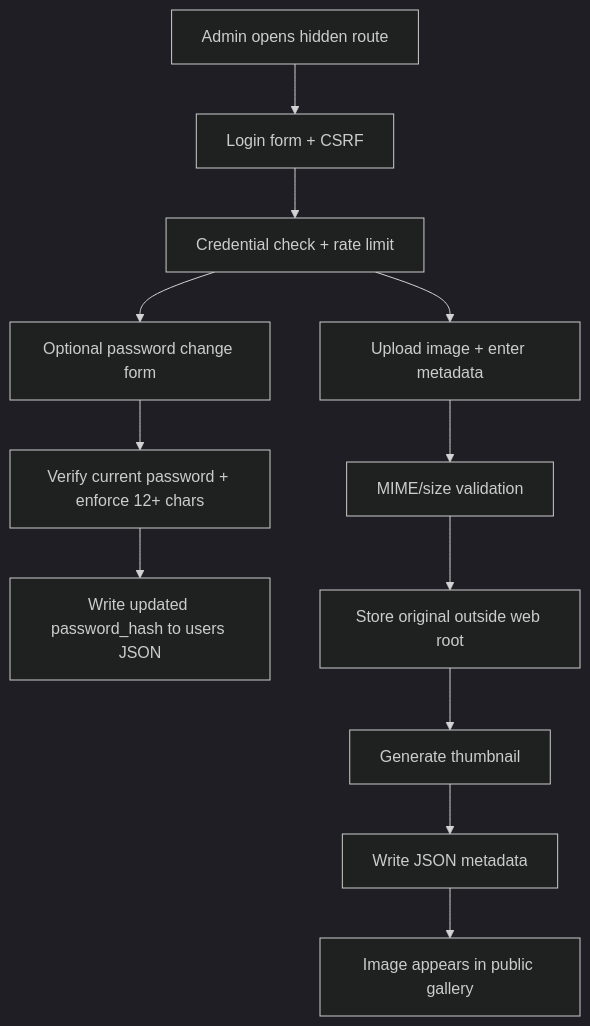
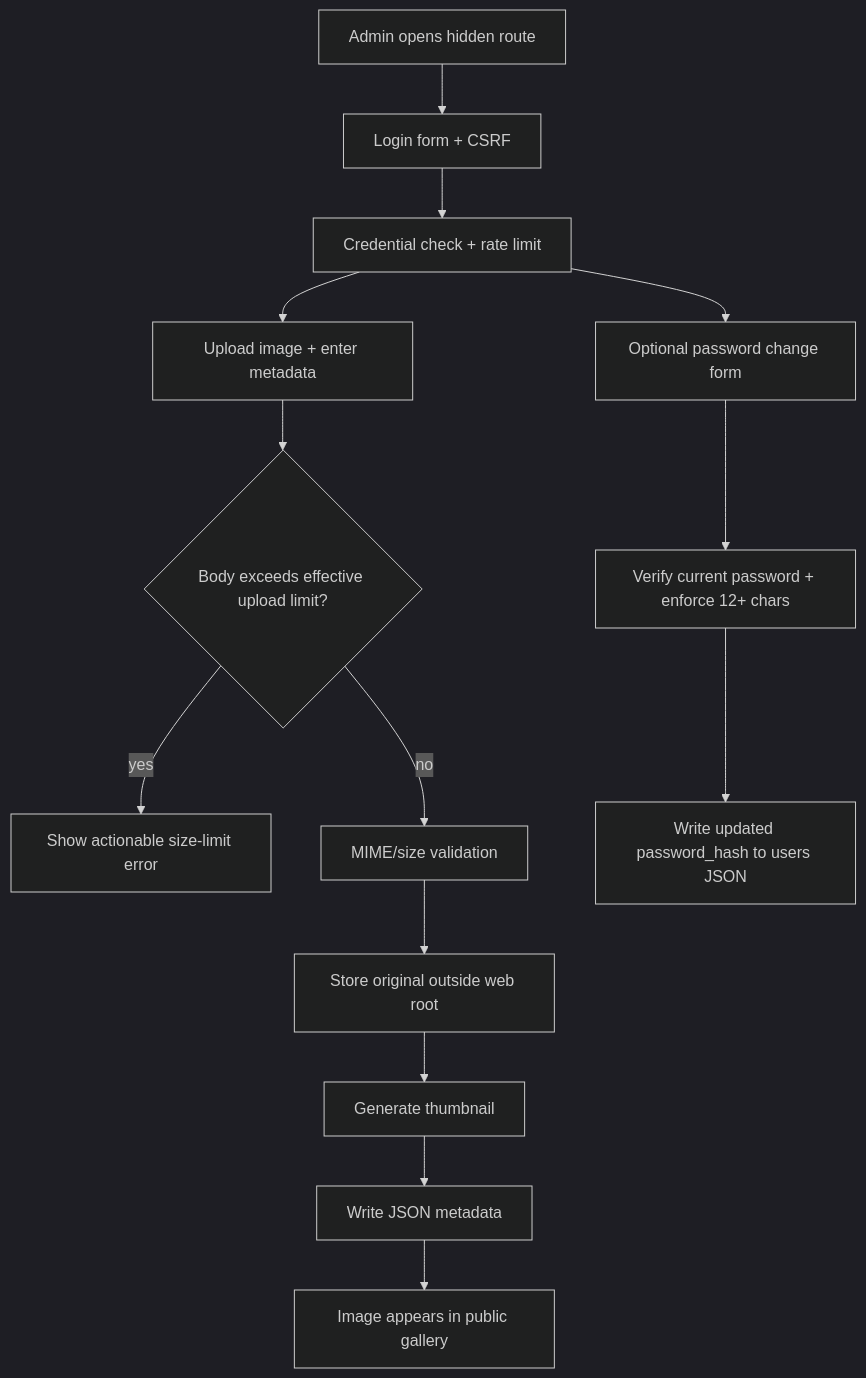
One commit to smeird/images changed the second of 3 diagrams in README.md. Above: the diagram before and after it, drawn with Mermaid (dark theme). The commit also changed other lines of this file and 4 other files, not shown here.

First line of the commit message:
Handle oversize upload requests with actionable admin errors

````diff
--- a/README.md
+++ b/README.md
@@ -130,14 +136,16 @@
 ```mermaid
 flowchart TD
   A[Admin opens hidden route] --> B[Login form + CSRF]
   B --> C[Credential check + rate limit]
   C --> D[Upload image + enter metadata]
+  D --> M{Body exceeds effective upload limit?}
+  M -- yes --> N[Show actionable size-limit error]
+  M -- no --> E[MIME/size validation]
   C --> J[Optional password change form]
   J --> K[Verify current password + enforce 12+ chars]
   K --> L[Write updated password_hash to users JSON]
-  D --> E[MIME/size validation]
   E --> F[Store original outside web root]
   F --> G[Generate thumbnail]
   G --> H[Write JSON metadata]
   H --> I[Image appears in public gallery]
 ```
````
